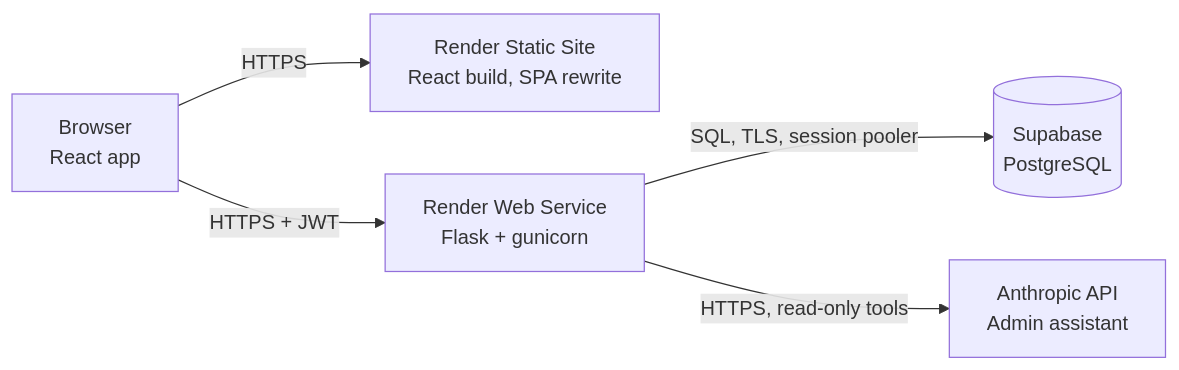
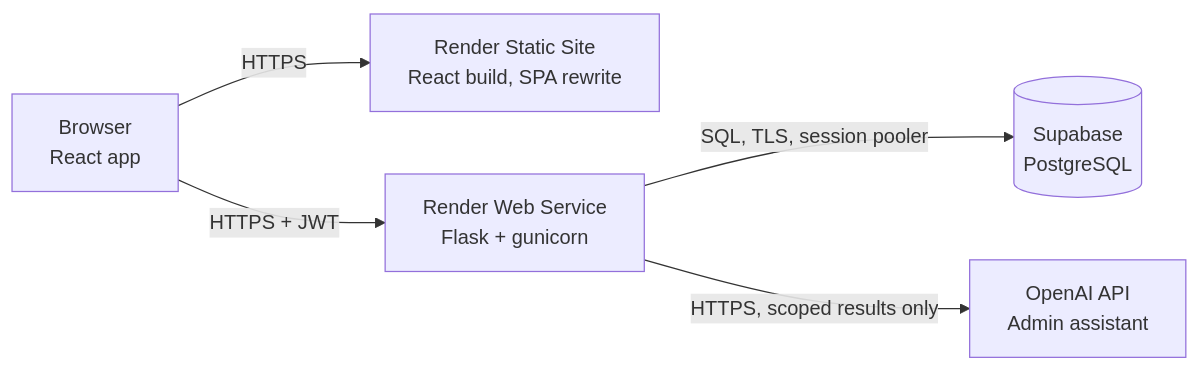
One commit to fredricknyamweya-del/gosrani-inventory-tracker changed the first of 2 diagrams in architecture.md. Above: the diagram before and after it, drawn with Mermaid. The commit also changed other lines of this file and 8 other files, not shown here.

````diff
--- a/architecture.md
+++ b/architecture.md
@@ -92,7 +92,7 @@
 ```mermaid
 flowchart LR
     B[Browser<br/>React app] -->|HTTPS| S[Render Static Site<br/>React build, SPA rewrite]
     B -->|HTTPS + JWT| A[Render Web Service<br/>Flask + gunicorn]
     A -->|SQL, TLS, session pooler| D[(Supabase<br/>PostgreSQL)]
-    A -->|HTTPS, read-only tools| L[Anthropic API<br/>Admin assistant]
+    A -->|HTTPS, scoped results only| L[OpenAI API<br/>Admin assistant]
 ```
````
